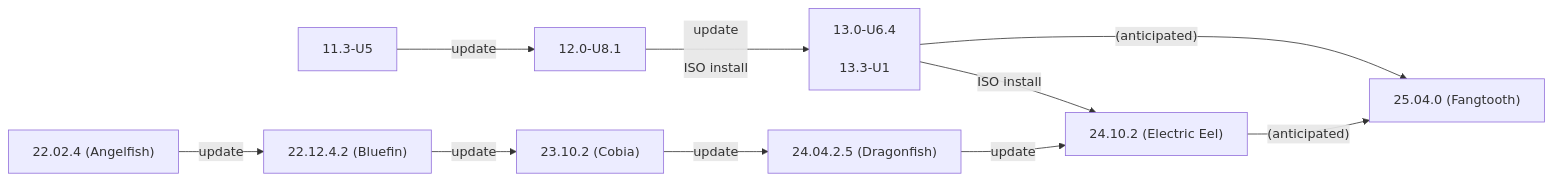
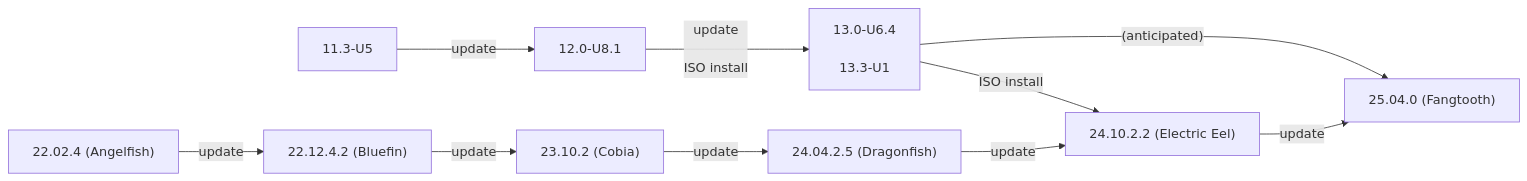
One commit to truenas/documentation changed the first of 2 diagrams in static/includes/SCALEUpgradePaths.md. Above: the diagram before and after it, drawn with Mermaid. The commit also changed other lines of this file, not shown here.

```diff
--- a/static/includes/SCALEUpgradePaths.md
+++ b/static/includes/SCALEUpgradePaths.md
@@ -67,13 +67,13 @@
           {{< mermaid class="mermaid_sizing" >}}
           flowchart LR
             A["11.3-U5"] -->|update| B["12.0-U8.1"]
             B -->|"update<br><br>ISO install"| C["13.0-U6.4<br><br>13.3-U1"]
             C -->|ISO install| H
             C -->|"(anticipated)"| I
             D["22.02.4 (Angelfish)"] -->|update| E
             E["22.12.4.2 (Bluefin)"] -->|update| F
             F["23.10.2 (Cobia)"] -->|update| G
             G["24.04.2.5 (Dragonfish)"] -->|update| H
-            H["24.10.2 (Electric Eel)"] -->|"(anticipated)"| I
+            H["24.10.2.2 (Electric Eel)"] -->|update| I
             I["25.04.0 (Fangtooth)"]
           {{< /mermaid >}}
```
